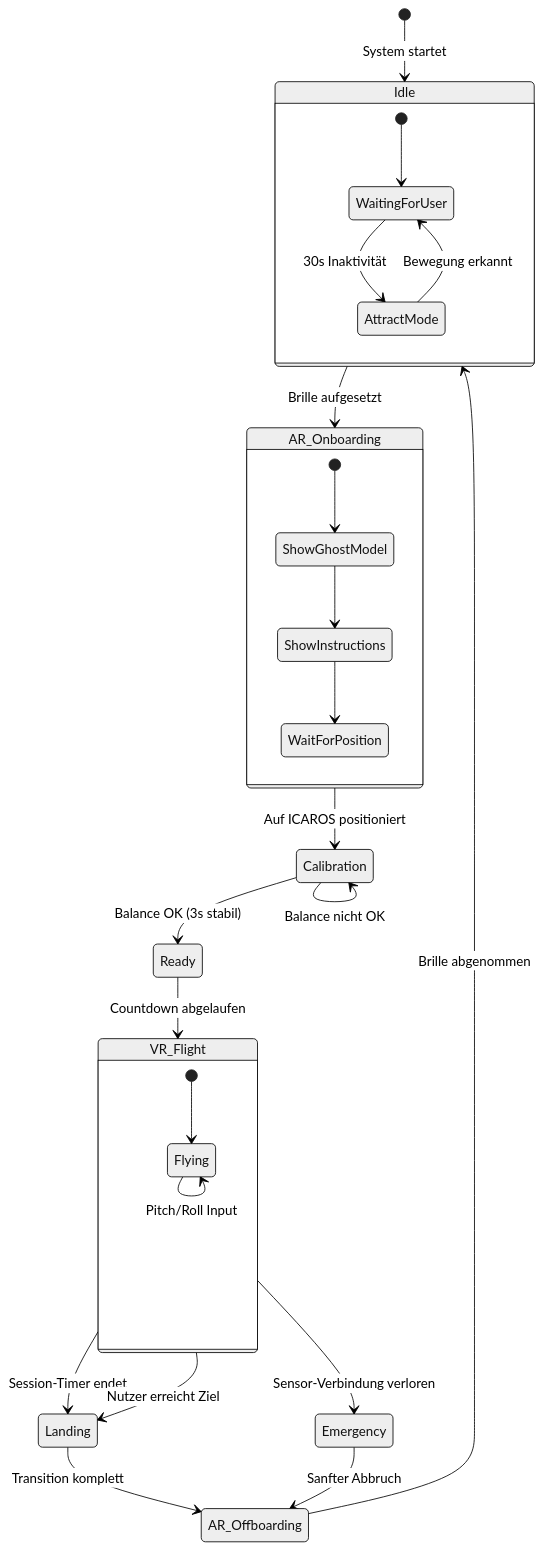
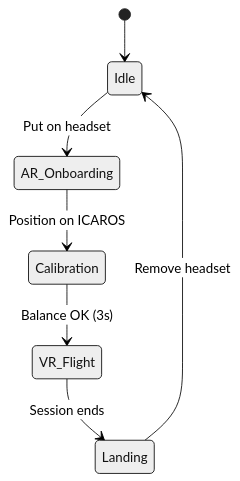
The third of 3 diagrams in docs/integration/SYSTEM_ARCHITECTURE.md (dweigend/neural-flight), drawn with Mermaid (neutral theme) before and after one commit. The commit also changed other lines of this file and 31 other files, not shown here.

````diff
--- a/docs/integration/SYSTEM_ARCHITECTURE.md
+++ b/docs/integration/SYSTEM_ARCHITECTURE.md
@@ -247,38 +116,9 @@
 ```mermaid
 stateDiagram-v2
-    [*] --> Idle: System startet
-    
-    Idle --> AR_Onboarding: Brille aufgesetzt
-    AR_Onboarding --> Calibration: Auf ICAROS positioniert
-    
-    Calibration --> Calibration: Balance nicht OK
-    Calibration --> Ready: Balance OK (3s stabil)
-    
-    Ready --> VR_Flight: Countdown abgelaufen
-    
-    VR_Flight --> Landing: Session-Timer endet
-    VR_Flight --> Landing: Nutzer erreicht Ziel
-    VR_Flight --> Emergency: Sensor-Verbindung verloren
-    
-    Landing --> AR_Offboarding: Transition komplett
-    AR_Offboarding --> Idle: Brille abgenommen
-    
-    Emergency --> AR_Offboarding: Sanfter Abbruch
-    
-    state Idle {
-        [*] --> WaitingForUser
-        WaitingForUser --> AttractMode: 30s Inaktivität
-        AttractMode --> WaitingForUser: Bewegung erkannt
-    }
-    
-    state AR_Onboarding {
-        [*] --> ShowGhostModel
-        ShowGhostModel --> ShowInstructions
-        ShowInstructions --> WaitForPosition
-    }
-    
-    state VR_Flight {
-        [*] --> Flying
-        Flying --> Flying: Pitch/Roll Input
-    }
+    [*] --> Idle
+    Idle --> AR_Onboarding: Put on headset
+    AR_Onboarding --> Calibration: Position on ICAROS
+    Calibration --> VR_Flight: Balance OK (3s)
+    VR_Flight --> Landing: Session ends
+    Landing --> Idle: Remove headset
 ```
````
